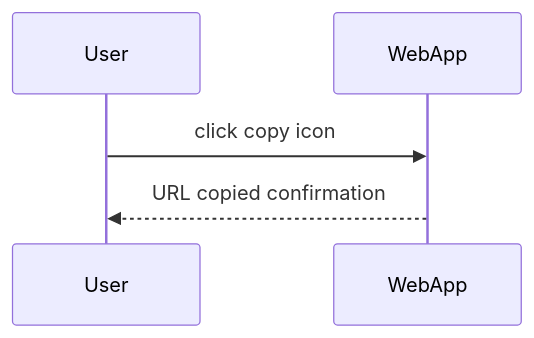
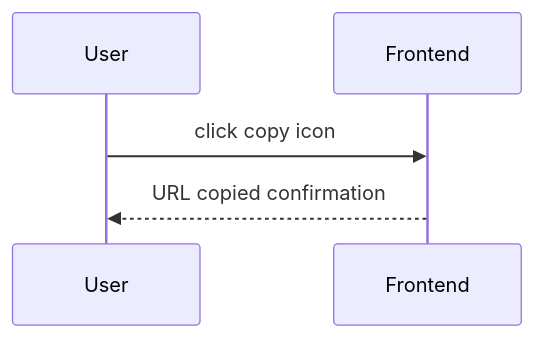
The second of 19 diagrams in documentation/docs/system-architecture/use-case-sequences.md (Capstone-Projects-2025-Spring/aac-go-fish), drawn with Mermaid before and after one commit. The commit also changed other lines of this file and 2 other files, not shown here.

````diff
--- a/documentation/docs/system-architecture/use-case-sequences.md
+++ b/documentation/docs/system-architecture/use-case-sequences.md
@@ -28,8 +28,8 @@
 ```mermaid
 sequenceDiagram
     participant User
-    participant WebApp
+    participant Frontend
 
-    User->>WebApp: click copy icon
-    WebApp-->>User: URL copied confirmation
+    User->>Frontend: click copy icon
+    Frontend-->>User: URL copied confirmation
 ```
````
